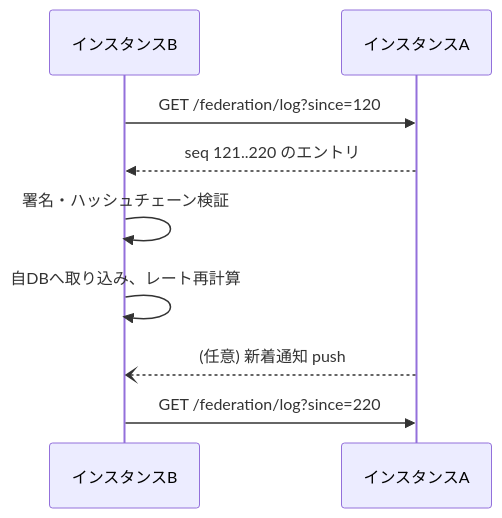
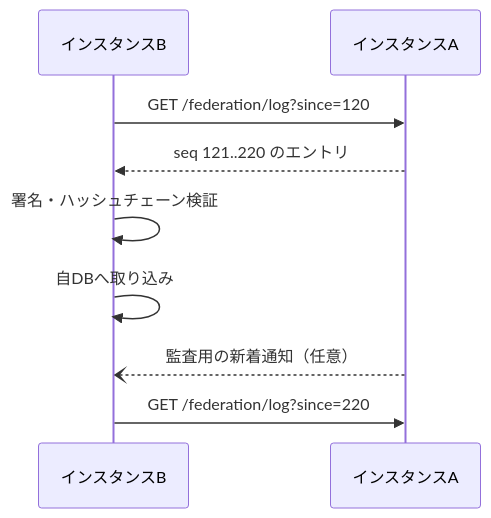
The first of 2 diagrams in docs/architecture/federation.md (tacky0612/smash-hub), drawn with Mermaid before and after one commit. The commit also changed other lines of this file and 64 other files, not shown here.

````diff
--- a/docs/architecture/federation.md
+++ b/docs/architecture/federation.md
@@ -50,11 +225,11 @@
 ```mermaid
 sequenceDiagram
   participant B as インスタンスB
   participant A as インスタンスA
   B->>A: GET /federation/log?since=120
   A-->>B: seq 121..220 のエントリ
   B->>B: 署名・ハッシュチェーン検証
-  B->>B: 自DBへ取り込み、レート再計算
-  A--)B: (任意) 新着通知 push
+  B->>B: 自DBへ取り込み
+  A--)B: 監査用の新着通知（任意）
   B->>A: GET /federation/log?since=220
 ```
````
